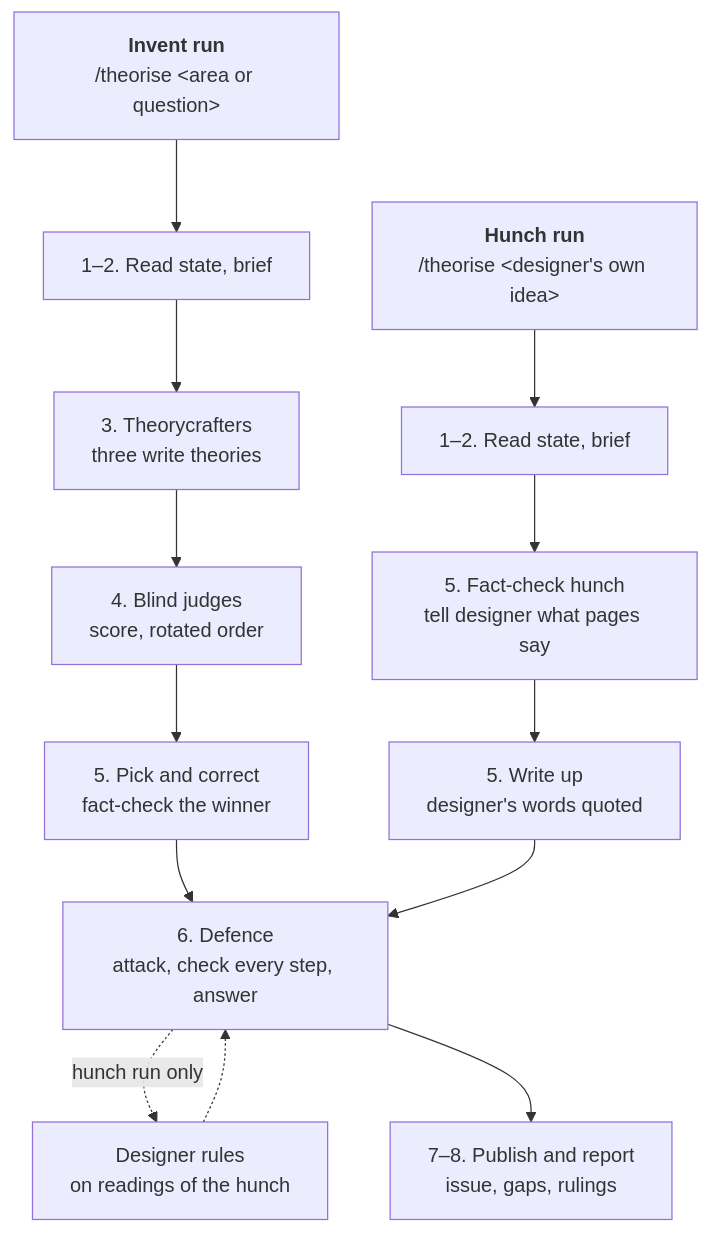
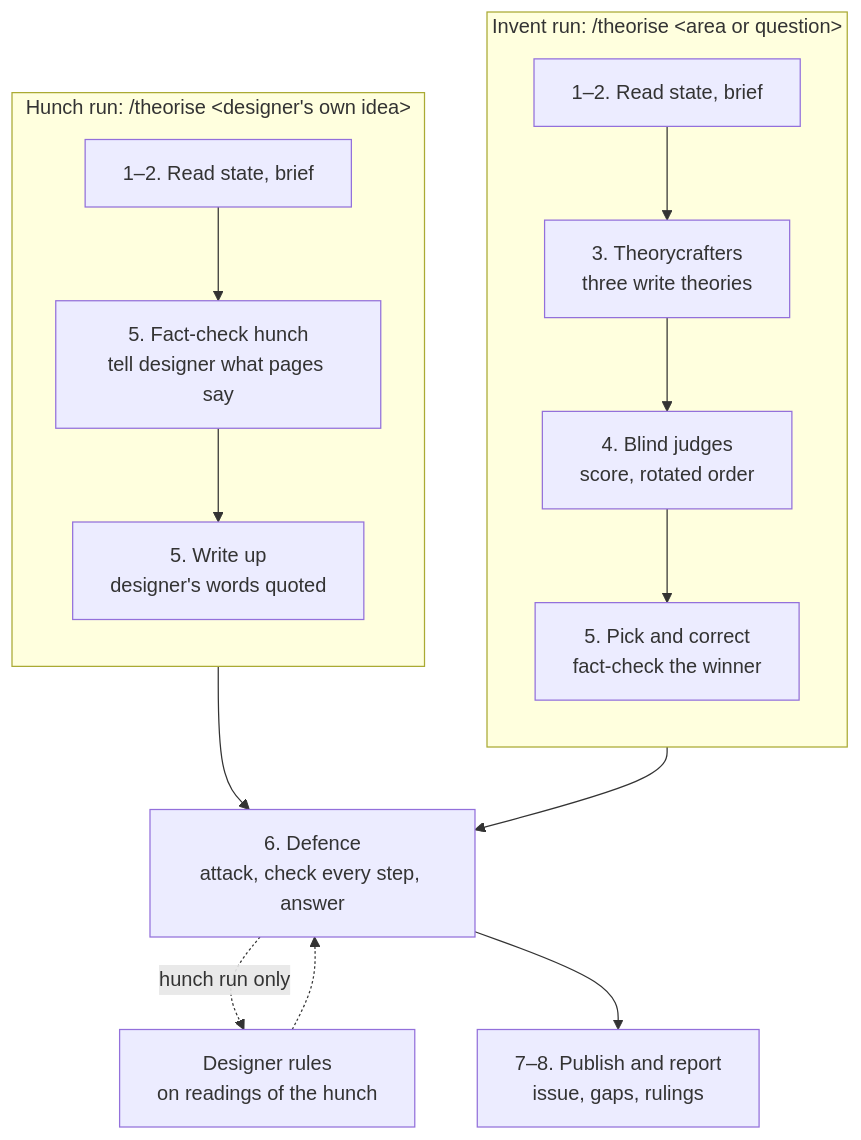
The diagram in docs/theories.md (TAGC/oneiros), drawn with Mermaid before and after one commit.

Commit message:
docs(theories): group each run's steps in the flowchart

````diff
--- a/docs/theories.md
+++ b/docs/theories.md
@@ -39,17 +39,19 @@
 ```mermaid
 flowchart TB
-  invent["<b>Invent run</b><br/>/theorise &lt;area or question&gt;"]
-  hunch["<b>Hunch run</b><br/>/theorise &lt;designer's own idea&gt;"]
-  invent --> i12["1–2. Read state, brief"]
-  i12 --> i3["3. Theorycrafters<br/>three write theories"]
-  i3 --> i4["4. Blind judges<br/>score, rotated order"]
-  i4 --> i5["5. Pick and correct<br/>fact-check the winner"]
-  hunch --> h12["1–2. Read state, brief"]
-  h12 --> h5a["5. Fact-check hunch<br/>tell designer what pages say"]
-  h5a --> h5b["5. Write up<br/>designer's words quoted"]
+  subgraph invent ["Invent run: /theorise #lt;area or question#gt;"]
+    direction TB
+    i12["1–2. Read state, brief"] --> i3["3. Theorycrafters<br/>three write theories"]
+    i3 --> i4["4. Blind judges<br/>score, rotated order"]
+    i4 --> i5["5. Pick and correct<br/>fact-check the winner"]
+  end
+  subgraph hunch ["Hunch run: /theorise #lt;designer's own idea#gt;"]
+    direction TB
+    h12["1–2. Read state, brief"] --> h5a["5. Fact-check hunch<br/>tell designer what pages say"]
+    h5a --> h5b["5. Write up<br/>designer's words quoted"]
+  end
   i5 --> defence["6. Defence<br/>attack, check every step, answer"]
   h5b --> defence
   defence -. "hunch run only" .-> rules["Designer rules<br/>on readings of the hunch"]
   rules -.-> defence
   defence --> publish["7–8. Publish and report<br/>issue, gaps, rulings"]
 ```
````
